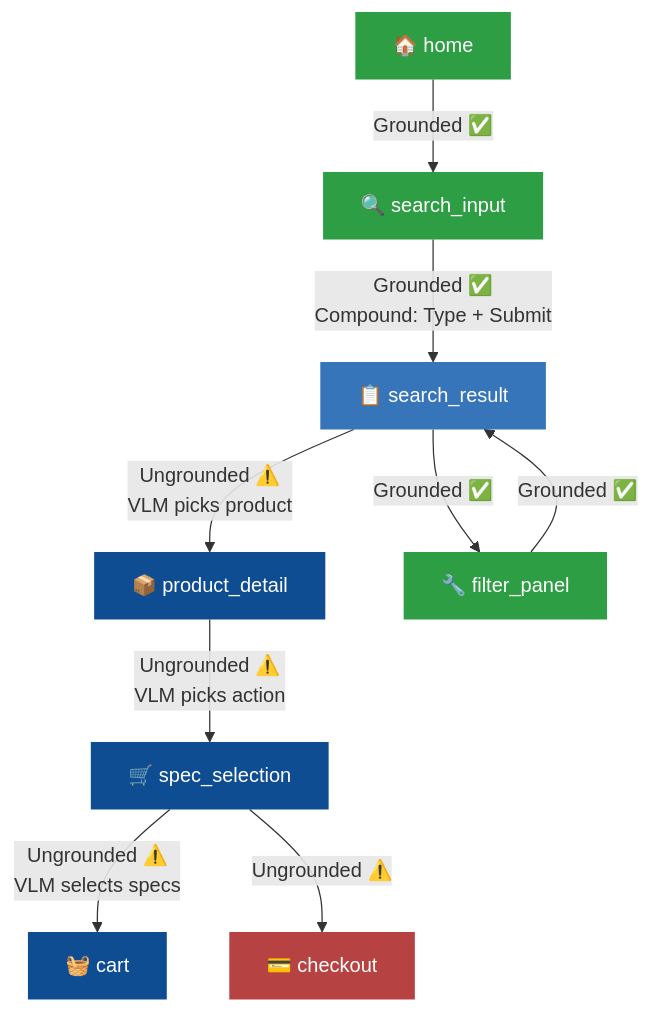
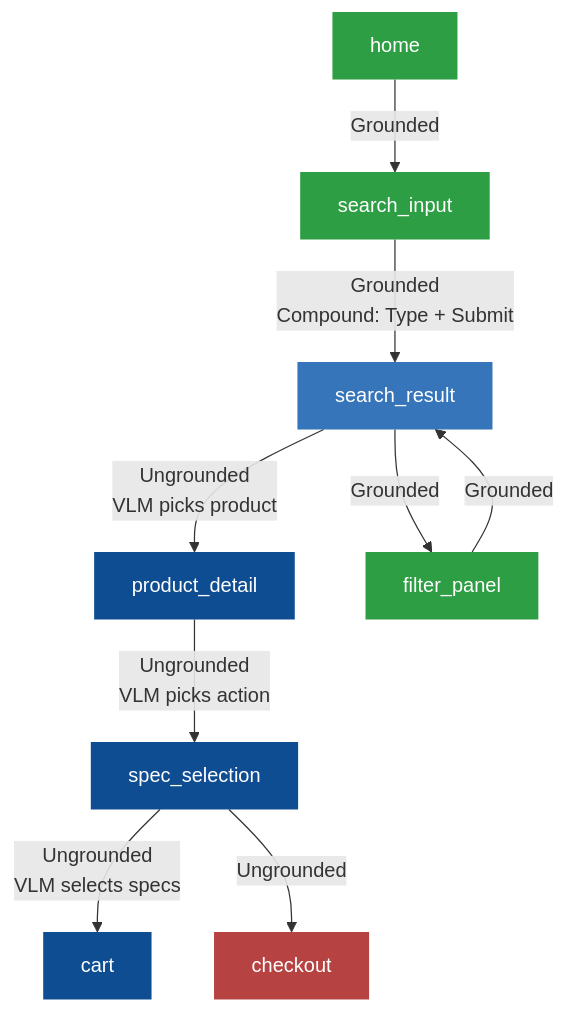
One commit to He2y/ShoppingClaw changed the sixth of 8 diagrams in phone_agent/docs/ARCHITECTURE.md. Above: the diagram before and after it, drawn with Mermaid. The commit also changed other lines of this file and 1 other file, not shown here.

First line of the commit message:
docs: rewrite system architecture for academic paper foundation

````diff
--- a/phone_agent/docs/ARCHITECTURE.md
+++ b/phone_agent/docs/ARCHITECTURE.md
@@ -485,20 +332,20 @@
 ```mermaid
 graph TD
-    H["🏠 home"] -->|"Grounded ✅"| SI["🔍 search_input"]
-    SI -->|"Grounded ✅\nCompound: Type + Submit"| SR["📋 search_result"]
-    SR -->|"Ungrounded ⚠️\nVLM picks product"| PD["📦 product_detail"]
-    SR -->|"Grounded ✅"| FP["🔧 filter_panel"]
-    FP -->|"Grounded ✅"| SR
-    PD -->|"Ungrounded ⚠️\nVLM picks action"| SS["🛒 spec_selection"]
-    SS -->|"Ungrounded ⚠️\nVLM selects specs"| CA["🧺 cart"]
-    SS -->|"Ungrounded ⚠️"| CO["💳 checkout"]
+    H["home"] -->|"Grounded"| SI["search_input"]
+    SI -->|"Grounded\nCompound: Type + Submit"| SR["search_result"]
+    SR -->|"Ungrounded\nVLM picks product"| PD["product_detail"]
+    SR -->|"Grounded"| FP["filter_panel"]
+    FP -->|"Grounded"| SR
+    PD -->|"Ungrounded\nVLM picks action"| SS["spec_selection"]
+    SS -->|"Ungrounded\nVLM selects specs"| CA["cart"]
+    SS -->|"Ungrounded"| CO["checkout"]
 
     style H fill:#2E9E44,color:#fff,stroke:none
     style SI fill:#2E9E44,color:#fff,stroke:none
     style SR fill:#3775BA,color:#fff,stroke:none
     style FP fill:#2E9E44,color:#fff,stroke:none
     style PD fill:#0F4D92,color:#fff,stroke:none
     style SS fill:#0F4D92,color:#fff,stroke:none
     style CA fill:#0F4D92,color:#fff,stroke:none
     style CO fill:#B64342,color:#fff,stroke:none
 ```
````
